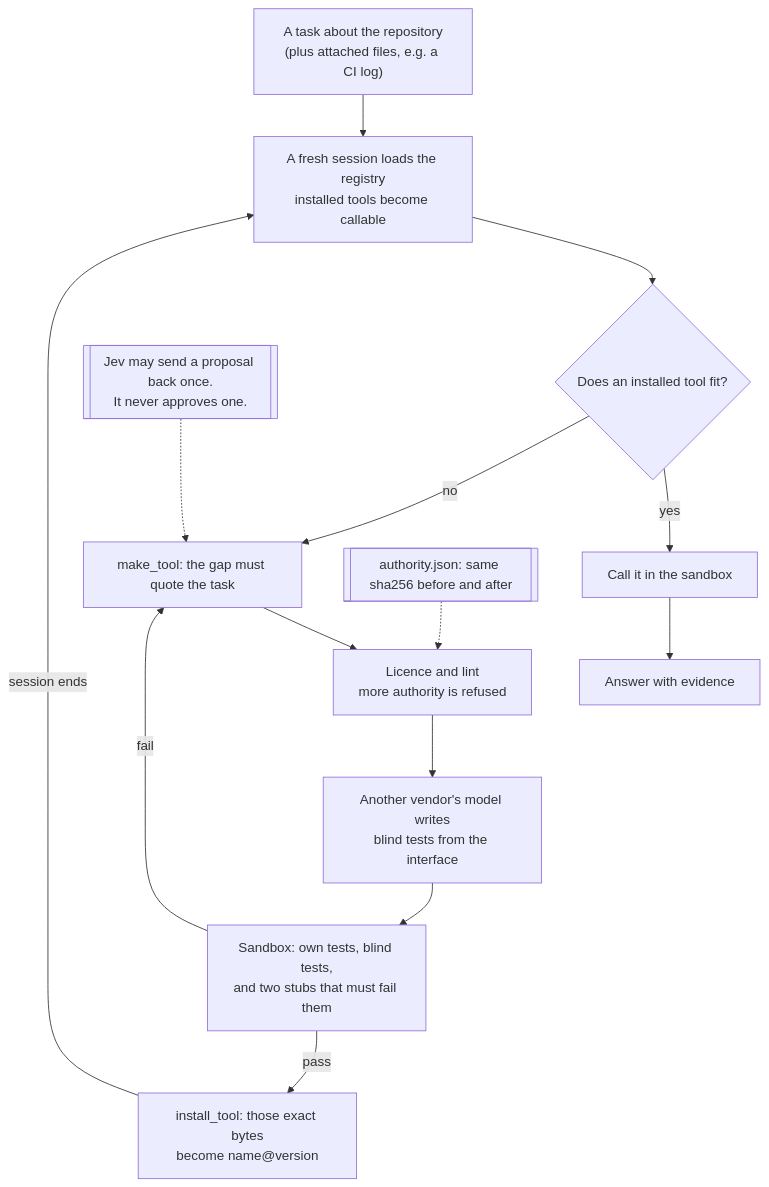
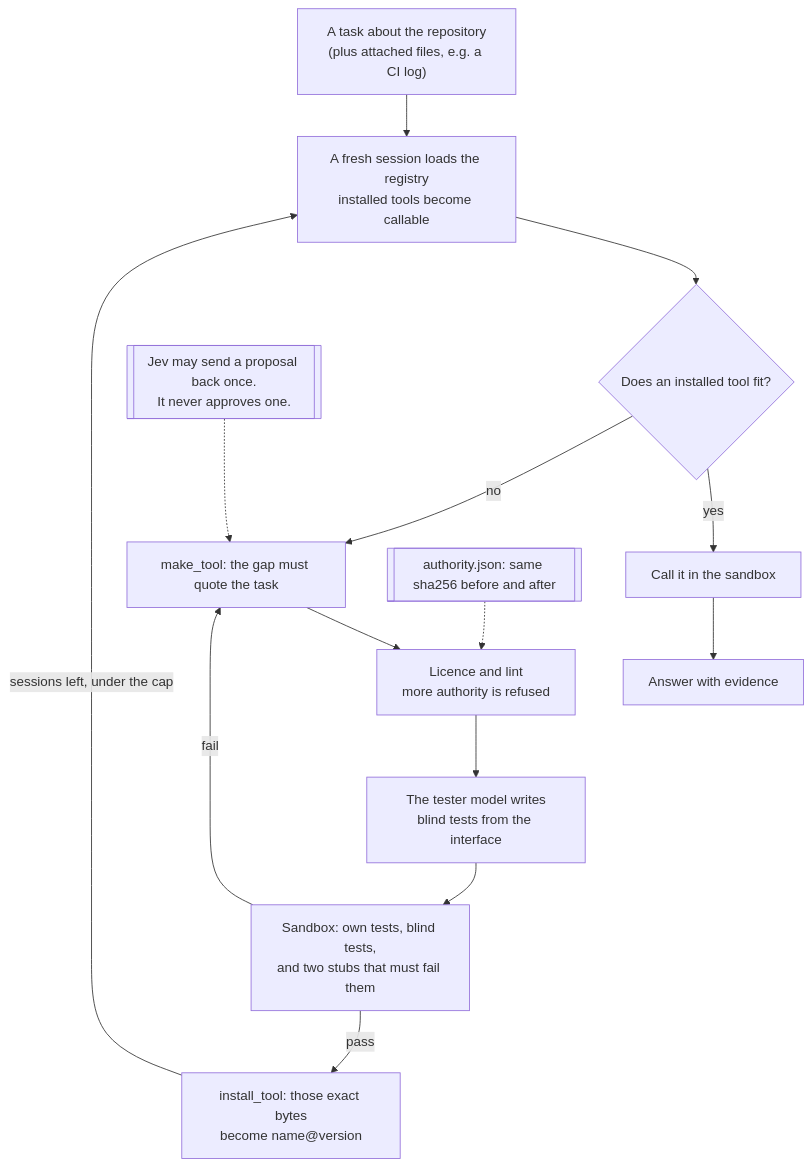
The diagram in README.md (actions-marketplace-validations/ofou_golem), drawn with Mermaid before and after one commit. The commit also changed other lines of this file, not shown here.

First line of the commit message:
Document the current login, verify, Docker image, and model setup.

````diff
--- a/README.md
+++ b/README.md
@@ -27,16 +36,16 @@
 ```mermaid
 flowchart TD
   task["A task about the repository<br/>(plus attached files, e.g. a CI log)"] --> fresh["A fresh session loads the registry<br/>installed tools become callable"]
   fresh --> fits{"Does an installed tool fit?"}
   fits -->|yes| use["Call it in the sandbox"]
   fits -->|no| make["make_tool: the gap must quote the task"]
   make --> rules["Licence and lint<br/>more authority is refused"]
-  rules --> blind["Another vendor's model writes<br/>blind tests from the interface"]
+  rules --> blind["The tester model writes<br/>blind tests from the interface"]
   blind --> prove["Sandbox: own tests, blind tests,<br/>and two stubs that must fail them"]
   prove -->|fail| make
   prove -->|pass| install["install_tool: those exact bytes<br/>become name@version"]
-  install -->|session ends| fresh
+  install -->|sessions left, under the cap| fresh
   use --> answer["Answer with evidence"]
   jev[["Jev may send a proposal back once.<br/>It never approves one."]] -.-> make
   licence[["authority.json: same sha256 before and after"]] -.-> rules
 ```
````
